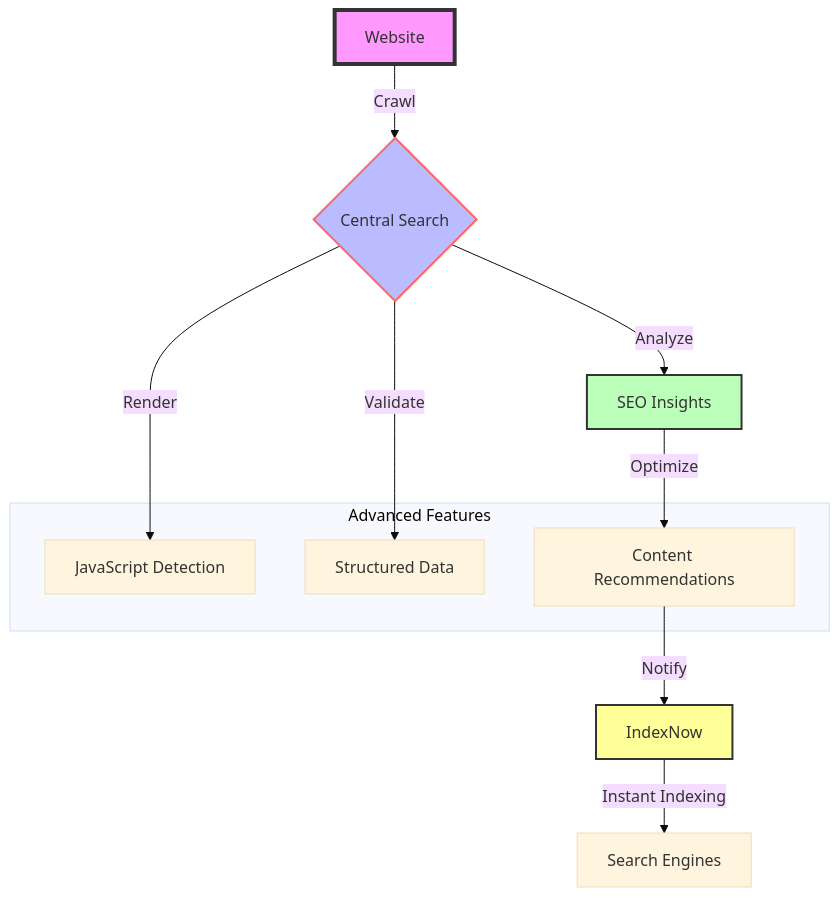
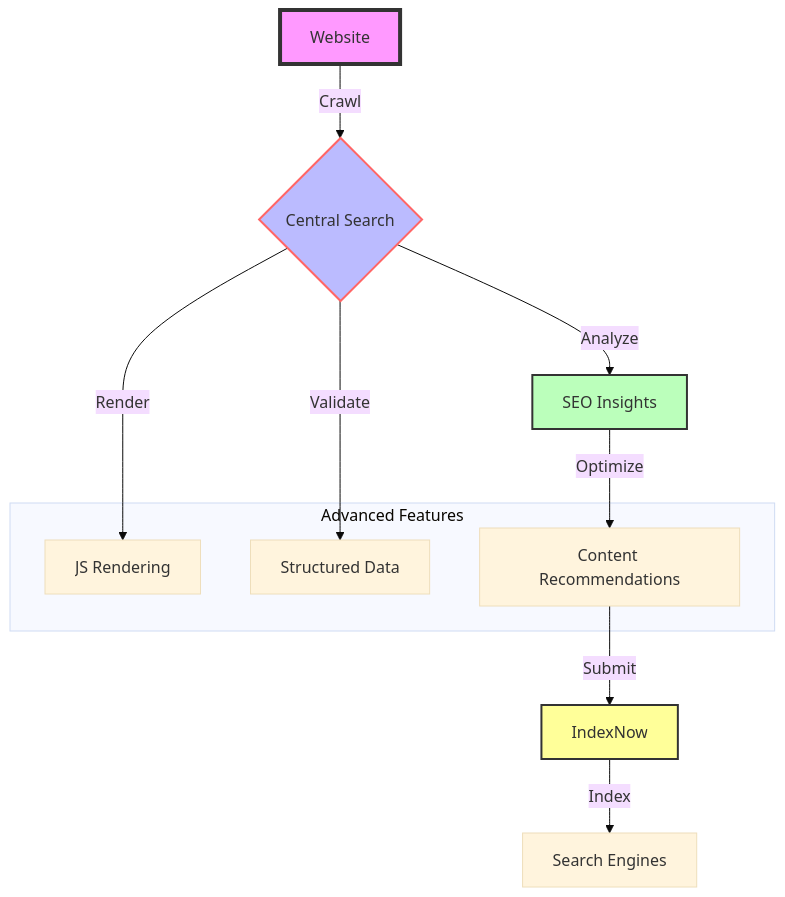
One commit to sheikh-vegeta/SheikhBot changed the diagram in README.md. Above: the diagram before and after it, drawn with Mermaid (base theme). The commit also changed other lines of this file, not shown here.

````diff
--- a/README.md
+++ b/README.md
@@ -16,21 +21,21 @@
 ```mermaid
 flowchart TD
     A[Website] -->|Crawl| B{Central Search}
     B -->|Analyze| C[SEO Insights]
-    B -->|Render| D[JavaScript Detection]
+    B -->|Render| D[JS Rendering]
     B -->|Validate| E[Structured Data]
     C -->|Optimize| F[Content Recommendations]
-    F -->|Notify| G[IndexNow]
-    G -->|Instant Indexing| H[Search Engines]
-    
+    F -->|Submit| G[IndexNow]
+    G -->|Index| H[Search Engines]
+
     subgraph Advanced Features
         D
         E
         F
     end
-    
+
     style A fill:#f9f,stroke:#333,stroke-width:4px
     style B fill:#bbf,stroke:#f66,stroke-width:2px
     style C fill:#bfb,stroke:#333,stroke-width:2px
     style G fill:#ff9,stroke:#333,stroke-width:2px
 ```
````
